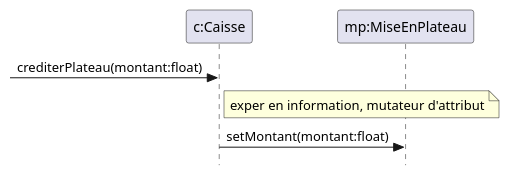
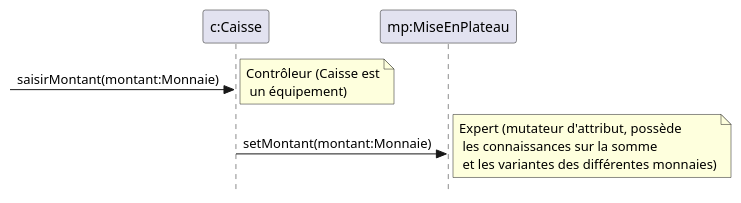
One commit to Sh4ytan/tp4 changed the fourth of 5 diagrams in rdcu.puml. Above: the diagram before and after it, drawn with PlantUML. The commit also changed other lines of this file, not shown here.

```diff
--- a/rdcu.puml
+++ b/rdcu.puml
@@ -56,9 +67,10 @@
-@startuml RDCU-crediterPlateau
+@startuml RDCU-SaisirMontant
 skinparam style strictuml
 Participant "c:Caisse" as C
 Participant "mp:MiseEnPlateau" as MP
 
--> C: crediterPlateau(montant:float)
-note right of C: exper en information, mutateur d'attribut
-C->MP: setMontant(montant:float)
+-> C: saisirMontant(montant:Monnaie)
+note right: Contrôleur (Caisse est\n un équipement)
+C->MP: setMontant(montant:Monnaie)
+note right: Expert (mutateur d'attribut, possède\n les connaissances sur la somme\n et les variantes des différentes monnaies)
 @enduml
```
